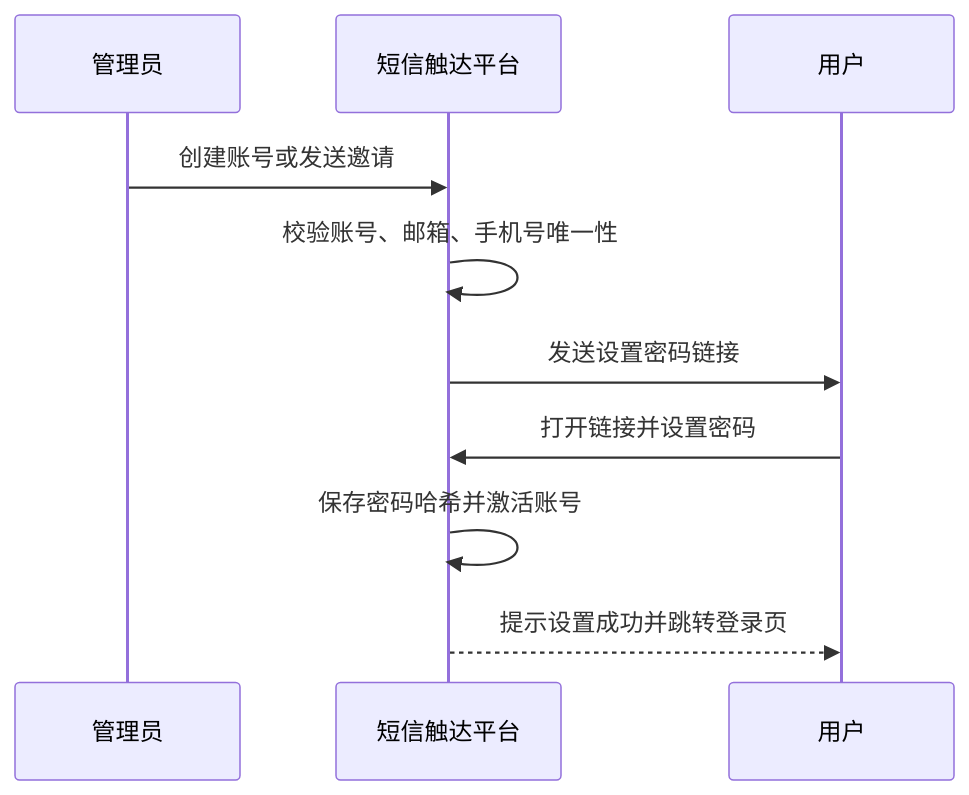
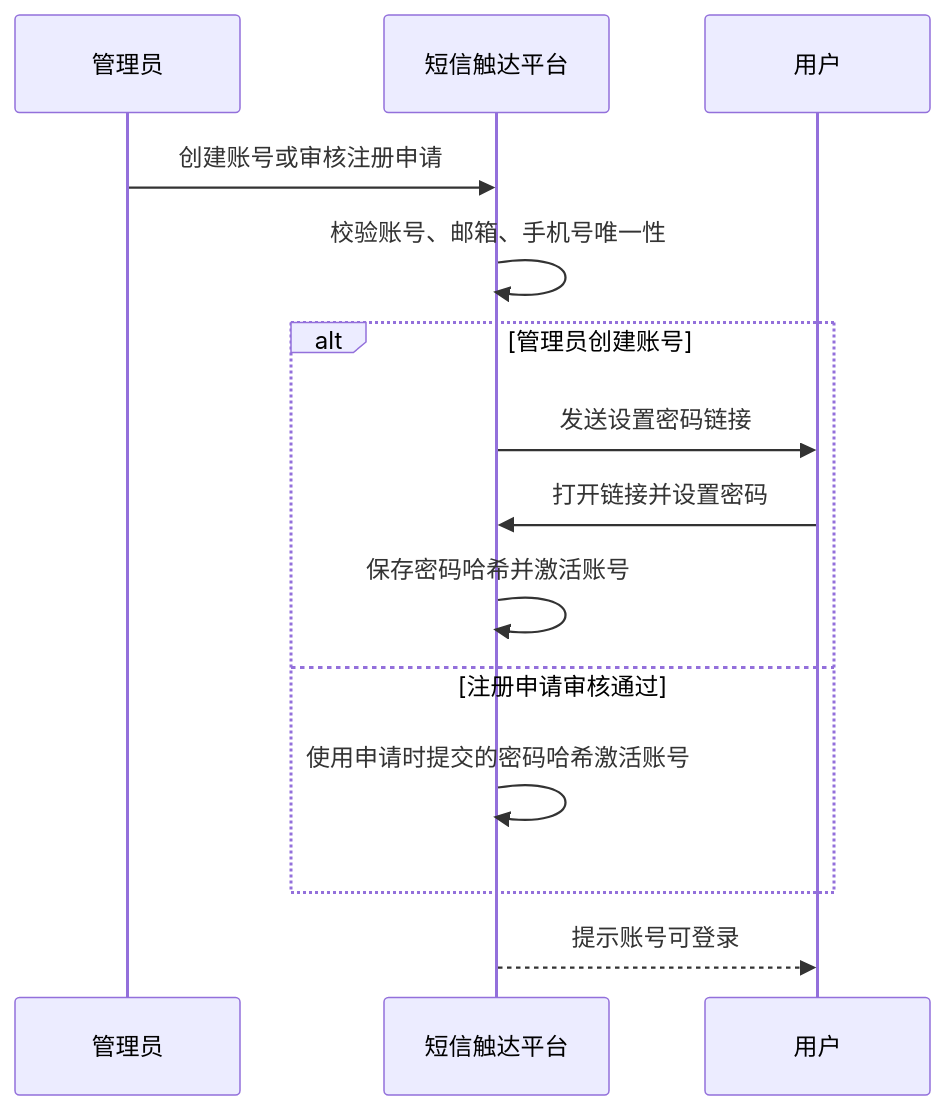
The second of 7 diagrams in doc/短信触达平台 V1.0 产品需求文档.md (ghl7231699/sms-touch-platform), drawn with Mermaid before and after one commit. The commit also changed other lines of this file, not shown here.

````diff
--- a/doc/短信触达平台 V1.0 产品需求文档.md
+++ b/doc/短信触达平台 V1.0 产品需求文档.md
@@ -226,12 +256,16 @@
 ```mermaid
 sequenceDiagram
   participant A as 管理员
   participant P as 短信触达平台
   participant U as 用户
-  A->>P: 创建账号或发送邀请
+  A->>P: 创建账号或审核注册申请
   P->>P: 校验账号、邮箱、手机号唯一性
-  P->>U: 发送设置密码链接
-  U->>P: 打开链接并设置密码
-  P->>P: 保存密码哈希并激活账号
-  P-->>U: 提示设置成功并跳转登录页
+  alt 管理员创建账号
+    P->>U: 发送设置密码链接
+    U->>P: 打开链接并设置密码
+    P->>P: 保存密码哈希并激活账号
+  else 注册申请审核通过
+    P->>P: 使用申请时提交的密码哈希激活账号
+  end
+  P-->>U: 提示账号可登录
 ```
````
